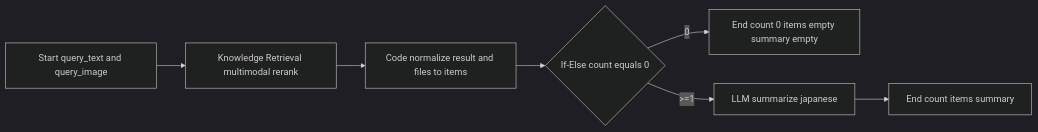
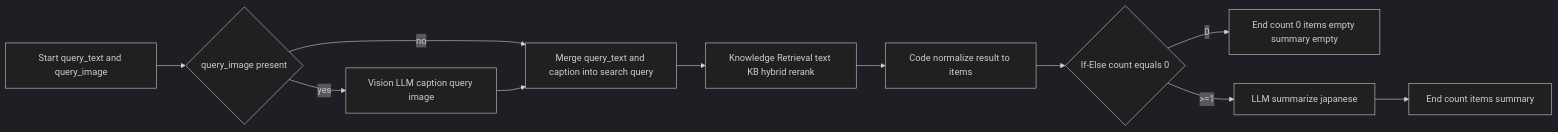
Before and after one commit to beastmaniaxxx/AgentPlatform: the fourth of 4 diagrams in .kiro/specs/multimodal-rag/design.md, drawn with Mermaid (dark theme). The commit also changed other lines of this file and 4 other files, not shown here.

````diff
--- a/.kiro/specs/multimodal-rag/design.md
+++ b/.kiro/specs/multimodal-rag/design.md
@@ -221,9 +254,13 @@
 ```mermaid
 graph LR
-    St[Start query_text and query_image] --> KR[Knowledge Retrieval multimodal rerank]
-    KR --> Norm[Code normalize result and files to items]
+    St[Start query_text and query_image] --> Cap{query_image present}
+    Cap -->|yes| Vis[Vision LLM caption query image]
+    Cap -->|no| Merge
+    Vis --> Merge[Merge query_text and caption into search query]
+    Merge --> KR[Knowledge Retrieval text KB hybrid rerank]
+    KR --> Norm[Code normalize result to items]
     Norm --> Chk{If-Else count equals 0}
     Chk -->|0| End0[End count 0 items empty summary empty]
     Chk -->|>=1| Sum[LLM summarize japanese]
     Sum --> EndN[End count items summary]
 ```
````
